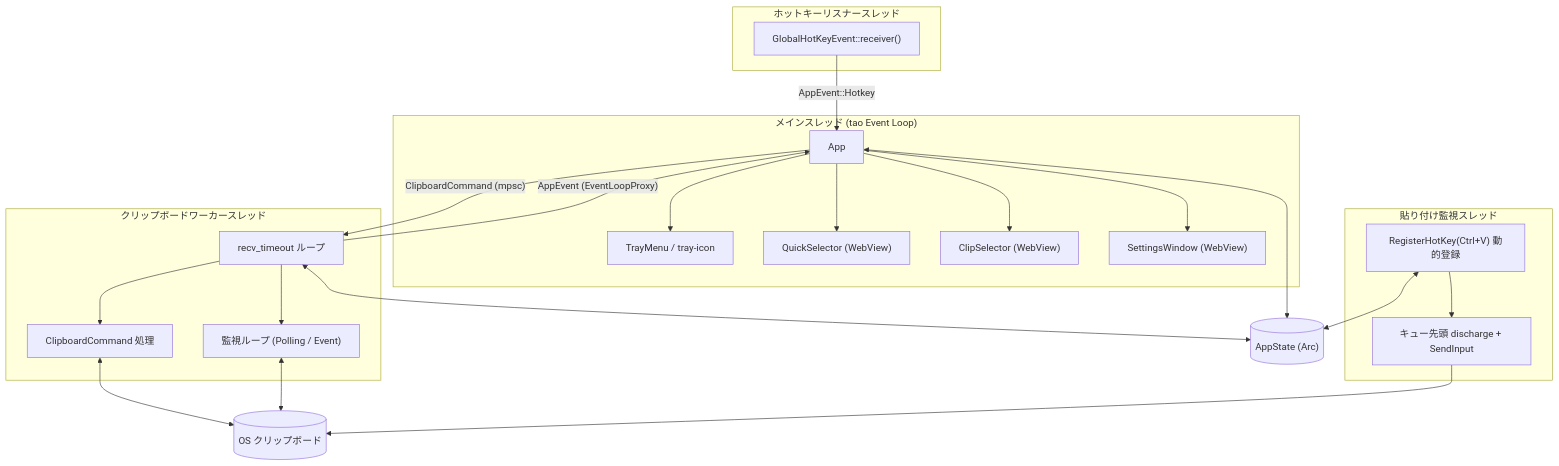
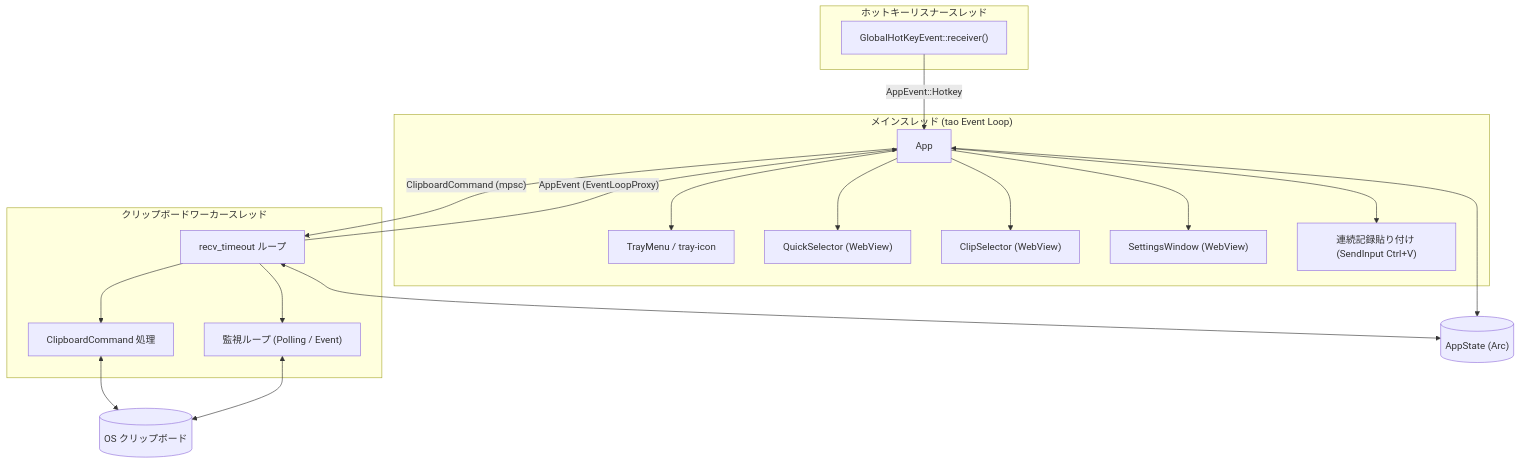
Before and after one commit to GnudMna/clip-refiner: the diagram in DEVELOPMENT.md, drawn with Mermaid. The commit also changed other lines of this file and 71 other files, not shown here.

````diff
--- a/DEVELOPMENT.md
+++ b/DEVELOPMENT.md
@@ -650,45 +706,39 @@
 ```mermaid
 flowchart TB
     subgraph main ["メインスレッド (tao Event Loop)"]
         App["App"]
         Tray["TrayMenu / tray-icon"]
         QS["QuickSelector (WebView)"]
         CS["ClipSelector (WebView)"]
         SW["SettingsWindow (WebView)"]
+        Paste["連続記録貼り付け (SendInput Ctrl+V)"]
         App --> Tray
         App --> QS
         App --> CS
         App --> SW
+        App --> Paste
     end
 
     subgraph hotkey_thread ["ホットキーリスナースレッド"]
         GHK["GlobalHotKeyEvent::receiver()"]
-    end
-
-    subgraph paste_thread ["貼り付け監視スレッド"]
-        PHK["RegisterHotKey(Ctrl+V) 動的登録"]
-        Paste["キュー先頭 discharge + SendInput"]
-        PHK --> Paste
     end
 
     subgraph worker ["クリップボードワーカースレッド"]
         WL["recv_timeout ループ"]
         Mon["監視ループ (Polling / Event)"]
         Cmd["ClipboardCommand 処理"]
         WL --> Mon
         WL --> Cmd
     end
 
     CB[("OS クリップボード")]
     State[("AppState (Arc)")]
 
     GHK -->|"AppEvent::Hotkey"| App
     App -->|"ClipboardCommand (mpsc)"| WL
     WL -->|"AppEvent (EventLoopProxy)"| App
     Cmd <--> CB
     Mon <--> CB
-    Paste --> CB
     App <--> State
     WL <--> State
-    PHK <--> State
 ```
````
